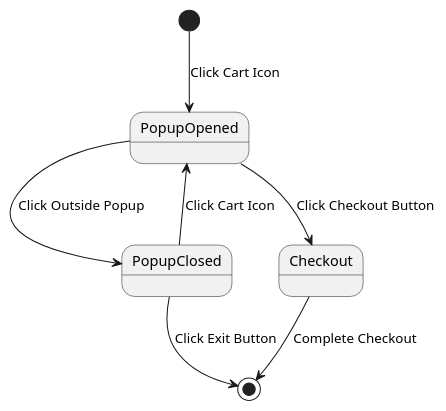
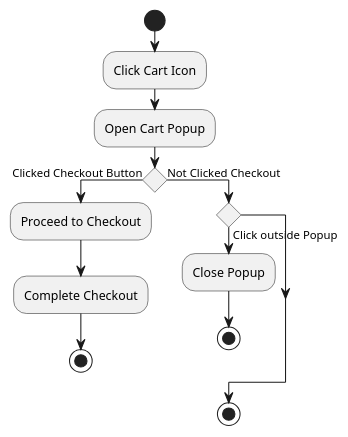
One commit to HighlyHylian/online-ecommerce-platform changed the diagram in diagrams/US-05 state.puml. Above: the diagram before and after it, drawn with PlantUML. The commit also changed 6 other files, not shown here.

Commit message:
Add and Fix Multiple Diagrams

```diff
--- a/diagrams/US-05 state.puml
+++ b/diagrams/US-05 state.puml
@@ -1,8 +1,17 @@
-@startuml US-05 Display Cart Popup
-[*] --> PopupOpened : Click Cart Icon
-PopupOpened --> PopupClosed : Click Outside Popup
-PopupOpened --> Checkout : Click Checkout Button
-PopupClosed --> PopupOpened : Click Cart Icon
-PopupClosed --> [*] : Click Exit Button
-Checkout --> [*] : Complete Checkout
+@startuml US-05 Display Cart Popup - Activity
+start
+:Click Cart Icon;
+:Open Cart Popup;
+
+if () then (Clicked Checkout Button)
+  :Proceed to Checkout;
+  :Complete Checkout;
+  stop
+else (Not Clicked Checkout)
+  if () then (Click outside Popup)
+    :Close Popup;
+    stop
+  endif
+  stop
+endif
 @enduml
```
